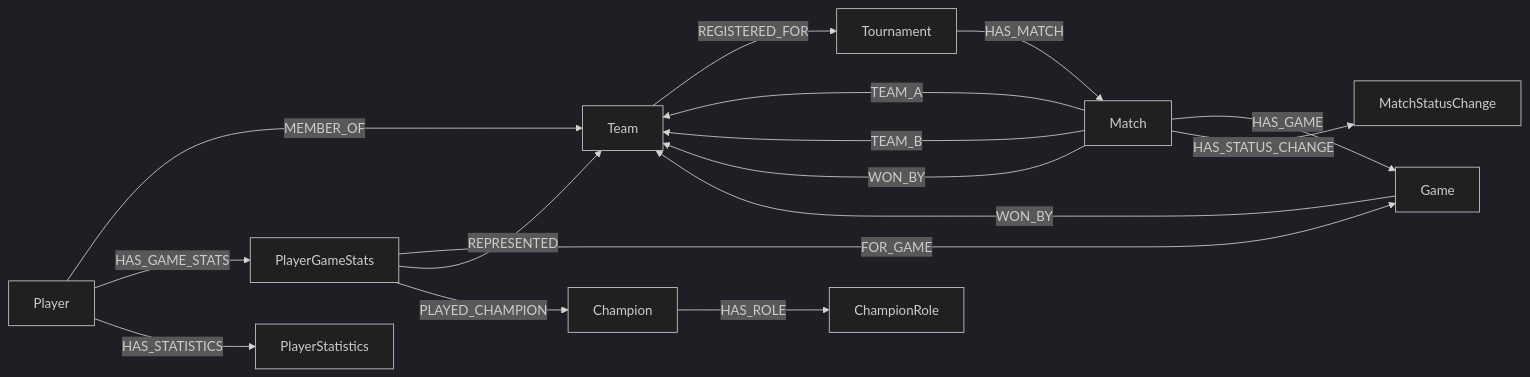
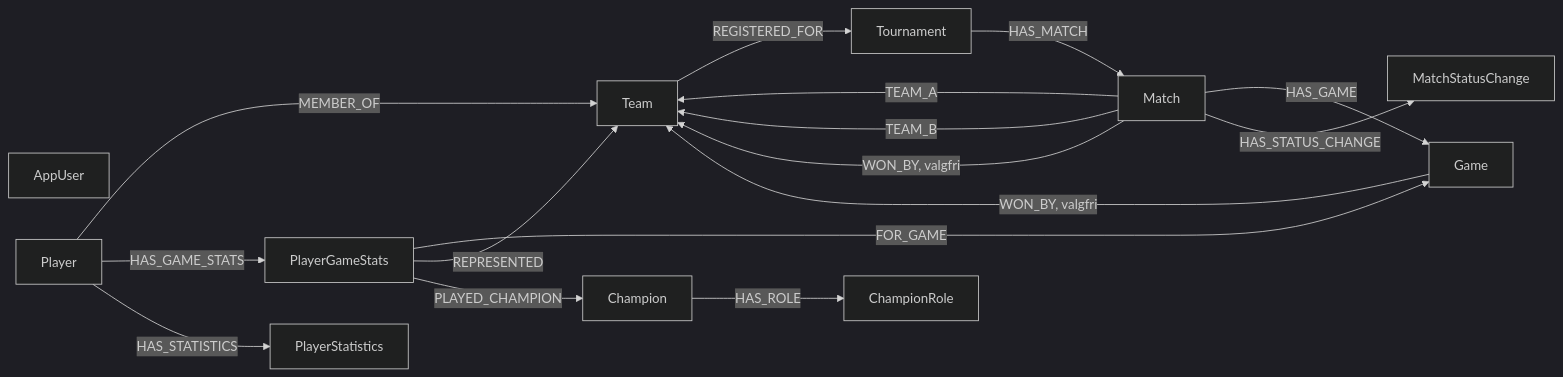
Before and after one commit to sanderMarcusChristensen/GameHub: the diagram in doc/neo4j/graph-design.md, drawn with Mermaid (dark theme). The commit also changed other lines of this file and 29 other files, not shown here.

Commit message:
Add Neo4j migration, graph documentation and frontend

````diff
--- a/doc/neo4j/graph-design.md
+++ b/doc/neo4j/graph-design.md
@@ -11,18 +13,19 @@
 ```mermaid
-graph LR
+flowchart LR
+  U[AppUser]
   P[Player] -->|MEMBER_OF| T[Team]
   T -->|REGISTERED_FOR| TO[Tournament]
   TO -->|HAS_MATCH| M[Match]
   M -->|TEAM_A| T
   M -->|TEAM_B| T
-  M -->|WON_BY| T
+  M -->|WON_BY, valgfri| T
   M -->|HAS_GAME| G[Game]
-  G -->|WON_BY| T
+  G -->|WON_BY, valgfri| T
   P -->|HAS_GAME_STATS| S[PlayerGameStats]
   S -->|FOR_GAME| G
   S -->|REPRESENTED| T
   S -->|PLAYED_CHAMPION| C[Champion]
   C -->|HAS_ROLE| R[ChampionRole]
   M -->|HAS_STATUS_CHANGE| H[MatchStatusChange]
   P -->|HAS_STATISTICS| PS[PlayerStatistics]
 ```
````
